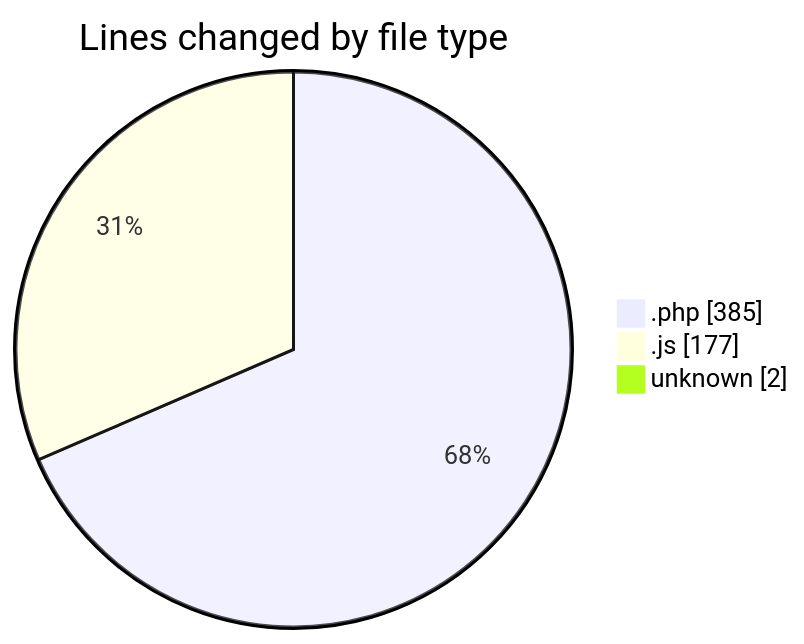
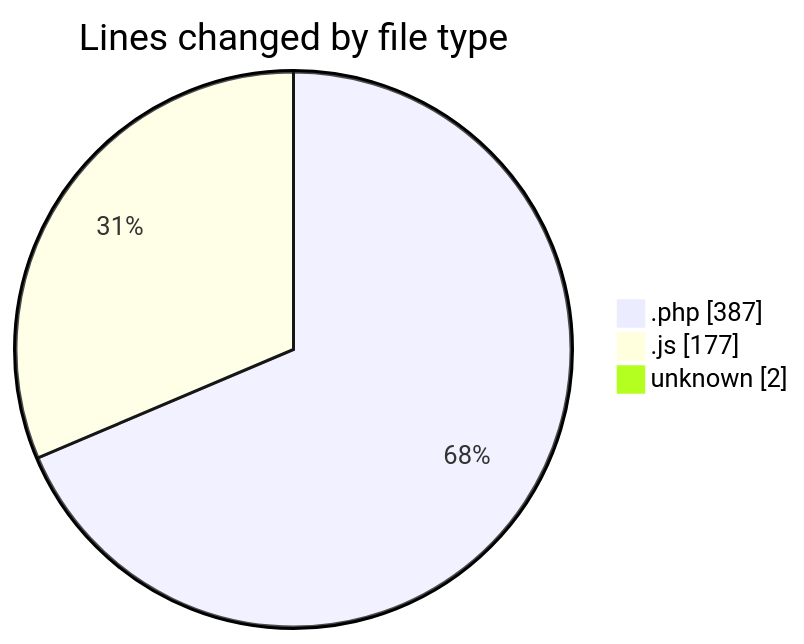
Before and after one commit to LanceThiago/code-tracking: the first of 2 diagrams in 2025-03-26/kml/README.md, drawn with Mermaid. The commit also changed other lines of this file and 1 other file, not shown here.

````diff
--- a/2025-03-26/kml/README.md
+++ b/2025-03-26/kml/README.md
@@ -24,7 +24,7 @@
 ```mermaid
 pie showData
 title Lines changed by file type
-".php" : 385
+".php" : 387
 ".js" : 177
 "unknown" : 2
 ```
````
